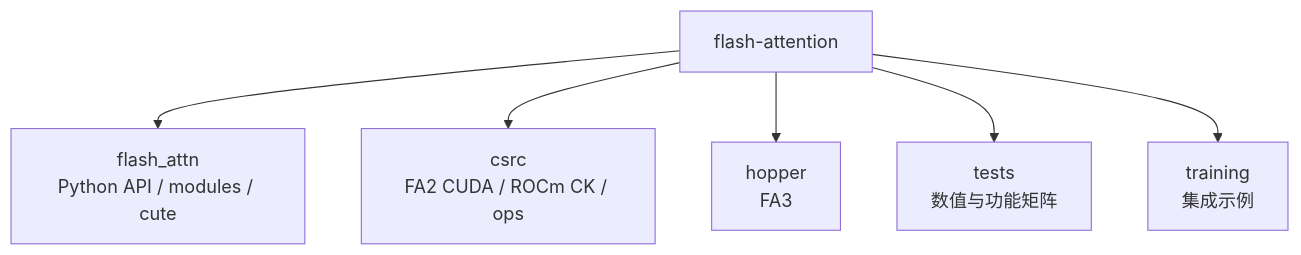
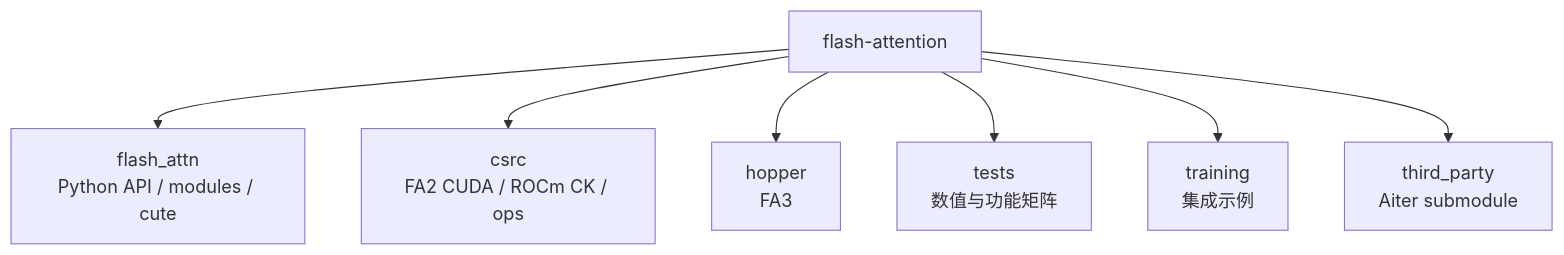
The diagram in flash-attn_reading/导读与总览/FlashAttention-源码地图.md (OnlyHero5/sglang-reading-vault), drawn with Mermaid before and after one commit. The commit also changed other lines of this file and 512 other files, not shown here.

````diff
--- a/flash-attn_reading/导读与总览/FlashAttention-源码地图.md
+++ b/flash-attn_reading/导读与总览/FlashAttention-源码地图.md
@@ -77,14 +86,16 @@
 ```mermaid
 flowchart TB
     ROOT["flash-attention"]
     PY["flash_attn<br/>Python API / modules / cute"]
     CSRC["csrc<br/>FA2 CUDA / ROCm CK / ops"]
     HOP["hopper<br/>FA3"]
     TEST["tests<br/>数值与功能矩阵"]
     TRAIN["training<br/>集成示例"]
+    THIRD["third_party<br/>Aiter submodule"]
     ROOT --> PY
     ROOT --> CSRC
     ROOT --> HOP
     ROOT --> TEST
     ROOT --> TRAIN
+    ROOT --> THIRD
 ```
````
